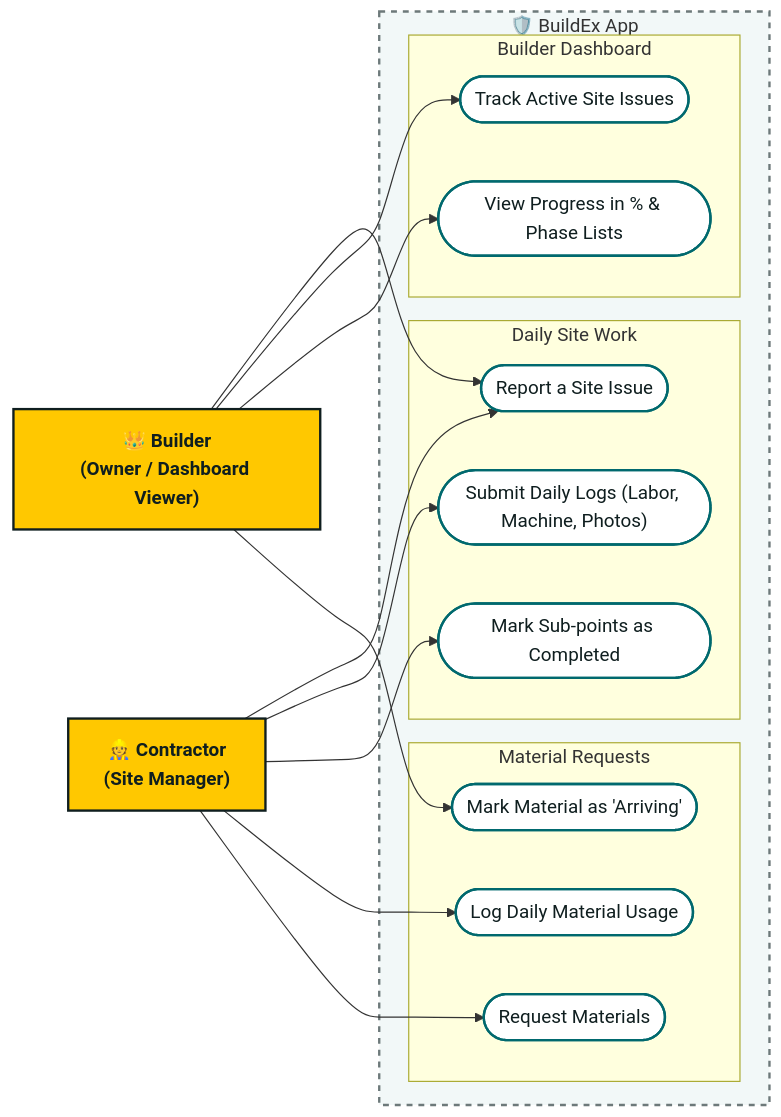
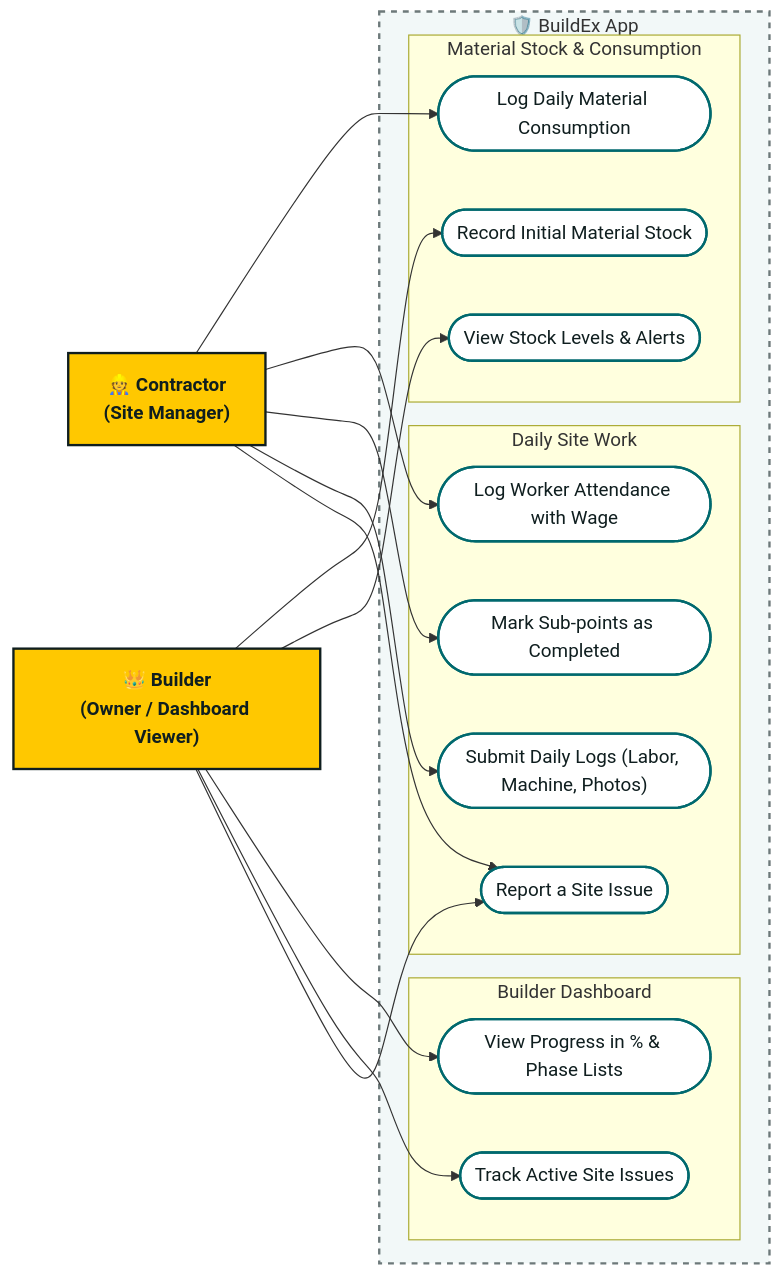
Before and after one commit to DivyaJaviya01/BuildEx_app: the diagram in system_design/02_use_cases.md, drawn with Mermaid. The commit also changed other lines of this file and 16 other files, not shown here.

Commit message:
docs: synchronize system design and map page redirection flow

````diff
--- a/system_design/02_use_cases.md
+++ b/system_design/02_use_cases.md
@@ -26,52 +26,54 @@
 ```mermaid
 flowchart LR
     %% Actors
     B["👑 Builder<br/>(Owner / Dashboard Viewer)"]
     C["👷 Contractor<br/>(Site Manager)"]
 
     %% System Boundary
     subgraph BuildEx ["🛡️ BuildEx App"]
         
         %% Material Module
-        subgraph MaterialModule ["Material Requests"]
-            UC_RequestMaterials(["Request Materials"])
-            UC_ApproveRequest(["Mark Material as 'Arriving'"])
-            UC_LogUsage(["Log Daily Material Usage"])
+        subgraph MaterialModule ["Material Stock & Consumption"]
+            UC_RecordStock(["Record Initial Material Stock"])
+            UC_LogUsage(["Log Daily Material Consumption"])
+            UC_ViewStock(["View Stock Levels & Alerts"])
         end
 
         %% Site Execution Module
         subgraph ExecutionModule ["Daily Site Work"]
             UC_MarkSubpoint(["Mark Sub-points as Completed"])
+            UC_LogAttendance(["Log Worker Attendance with Wage"])
             UC_LogDPR(["Submit Daily Logs (Labor, Machine, Photos)"])
             UC_ReportSnag(["Report a Site Issue"])
         end
 
         %% Builder Dashboard Module
         subgraph DashboardModule ["Builder Dashboard"]
             UC_ViewDashboard(["View Progress in % & Phase Lists"])
             UC_ViewIssues(["Track Active Site Issues"])
         end
     end
 
     %% Contractor Actions
-    C --> UC_RequestMaterials
     C --> UC_LogUsage
+    C --> UC_LogAttendance
     C --> UC_MarkSubpoint
     C --> UC_LogDPR
     C --> UC_ReportSnag
 
     %% Builder Actions
-    B --> UC_ApproveRequest
+    B --> UC_RecordStock
+    B --> UC_ViewStock
     B --> UC_ViewDashboard
     B --> UC_ViewIssues
     B --> UC_ReportSnag
 
     %% Custom formatting
     classDef actor fill:#FFC800,stroke:#0f1e1f,stroke-width:2px,color:#0f1e1f,font-weight:bold;
     classDef usecase fill:#FFFFFF,stroke:#00696e,stroke-width:2px,color:#0f1e1f;
     classDef boundary fill:#F2F8F8,stroke:#6d797a,stroke-width:2px,stroke-dasharray: 5 5;
     
     class B,C actor;
-    class UC_RequestMaterials,UC_ApproveRequest,UC_LogUsage,UC_MarkSubpoint,UC_LogDPR,UC_ReportSnag,UC_ViewDashboard,UC_ViewIssues usecase;
+    class UC_RecordStock,UC_LogUsage,UC_ViewStock,UC_LogAttendance,UC_MarkSubpoint,UC_LogDPR,UC_ReportSnag,UC_ViewDashboard,UC_ViewIssues usecase;
     class BuildEx boundary;
 ```
````
